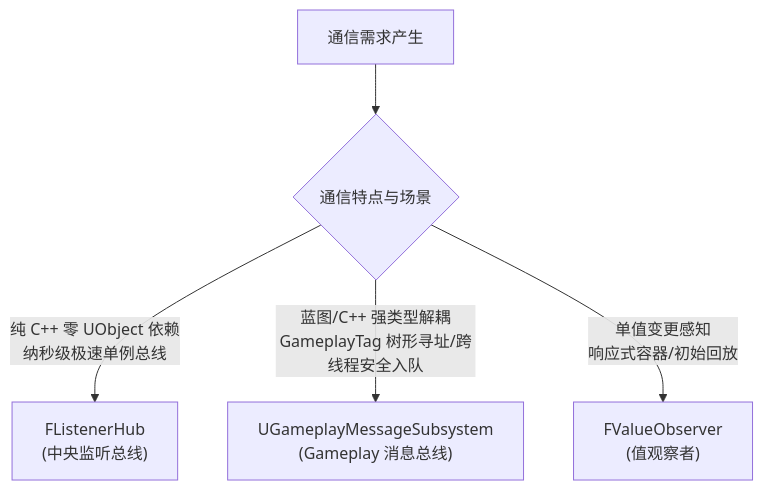
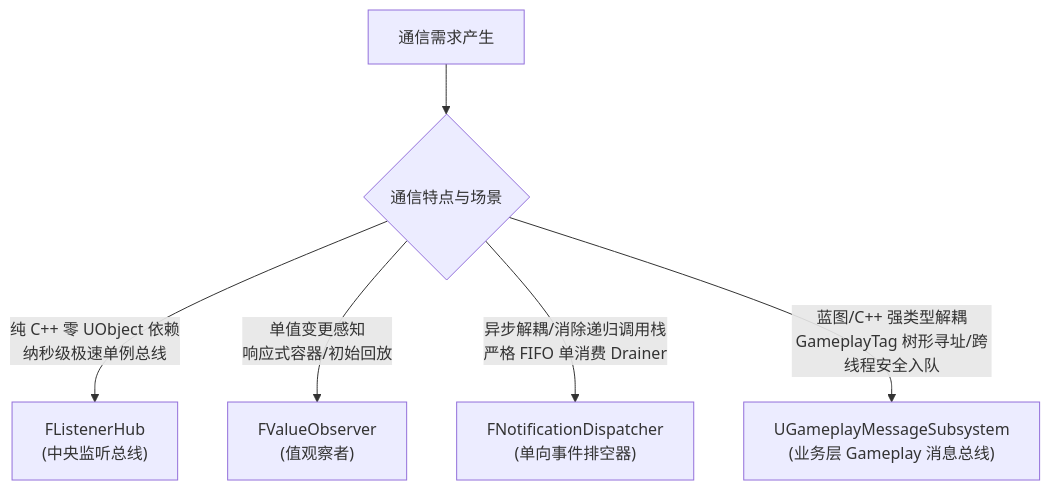
One commit to YIice-cwj/ue5-toolkit changed the first of 2 diagrams in Plugins/GameCore/Docs/Architecture/EventAndMessaging.md. Above: the diagram before and after it, drawn with Mermaid. The commit also changed other lines of this file and 122 other files, not shown here.

````diff
--- a/Plugins/GameCore/Docs/Architecture/EventAndMessaging.md
+++ b/Plugins/GameCore/Docs/Architecture/EventAndMessaging.md
@@ -5,8 +5,9 @@
 ```mermaid
 graph TD
     A["通信需求产生"] --> B{"通信特点与场景"}
 
     B -- "纯 C++ 零 UObject 依赖<br>纳秒级极速单例总线" --> C["FListenerHub<br>(中央监听总线)"]
-    B -- "蓝图/C++ 强类型解耦<br>GameplayTag 树形寻址/跨线程安全入队" --> D["UGameplayMessageSubsystem<br>(Gameplay 消息总线)"]
-    B -- "单值变更感知<br>响应式容器/初始回放" --> E["FValueObserver<T><br>(值观察者)"]
+    B -- "单值变更感知<br>响应式容器/初始回放" --> D["FValueObserver<T><br>(值观察者)"]
+    B -- "异步解耦/消除递归调用栈<br>严格 FIFO 单消费 Drainer" --> E["FNotificationDispatcher<br>(单向事件排空器)"]
+    B -- "蓝图/C++ 强类型解耦<br>GameplayTag 树形寻址/跨线程安全入队" --> F["UGameplayMessageSubsystem<br>(业务层 Gameplay 消息总线)"]
 ```
````
